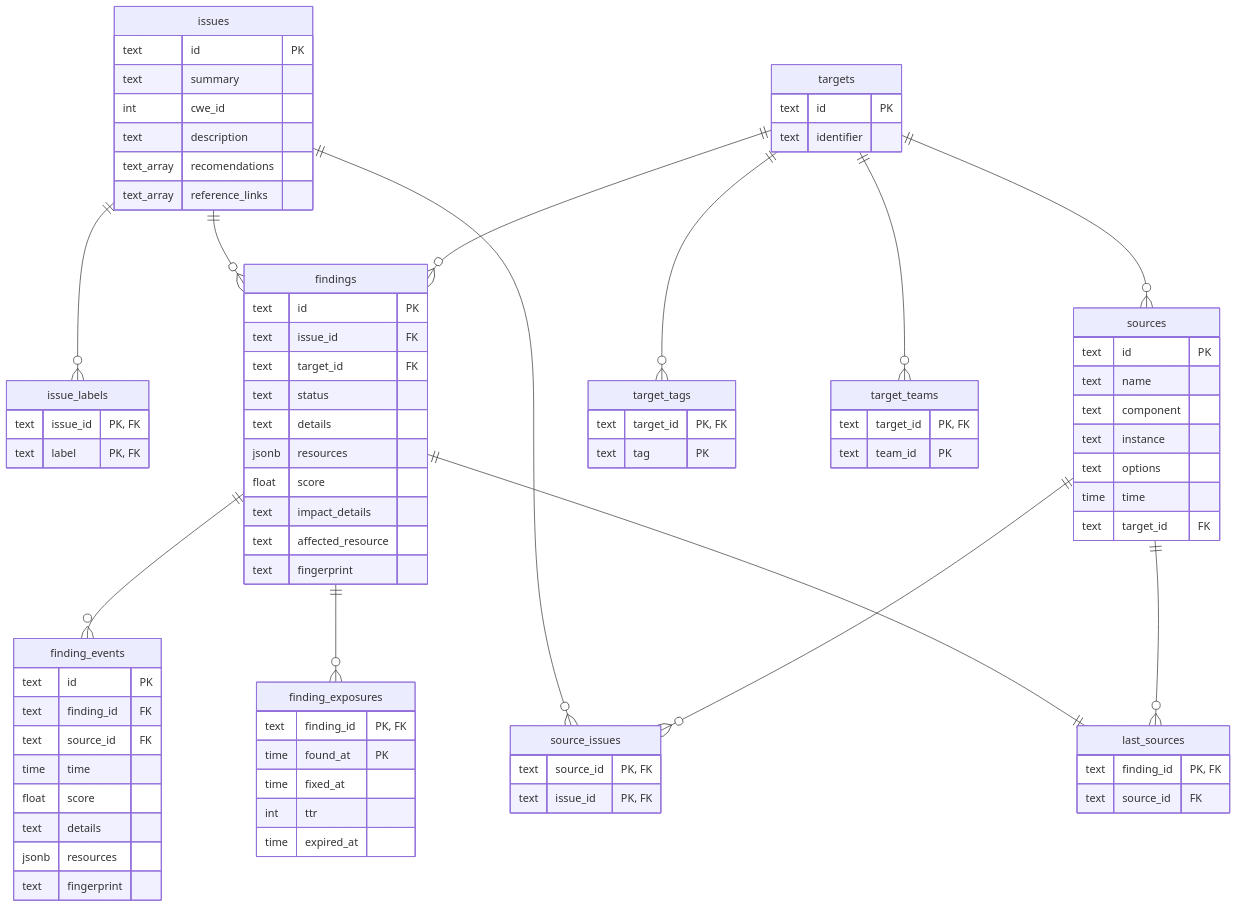
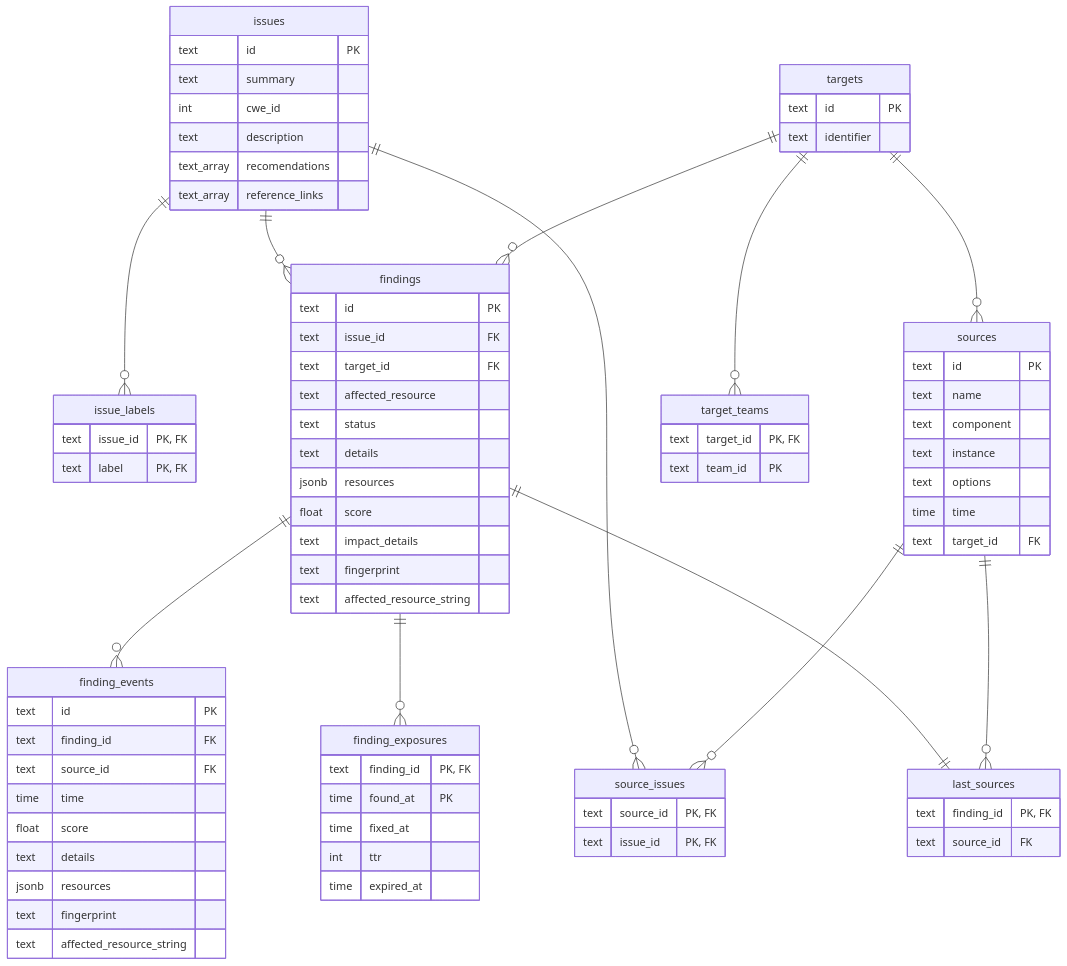
The first of 3 diagrams in docs/data-models.md (deontaljaard/vulcan-docs), drawn with Mermaid before and after one commit. The commit also changed other lines of this file, not shown here.

Commit message:
Update data models (#5)
* Remove tags from Vulnerability DB

* Add missing columns and fix format

````diff
--- a/docs/data-models.md
+++ b/docs/data-models.md
@@ -10,28 +10,29 @@
 ```mermaid
 erDiagram
     issues {
-        text id "PK"
-        text summary
-        int cwe_id
-        text description
-        text_array recomendations
-        text_array reference_links 
+      text id "PK"
+      text summary
+      int cwe_id
+      text description
+      text_array recomendations
+      text_array reference_links
     }
     issue_labels {
-        text issue_id "PK, FK"
-        text label "PK, FK"
+      text issue_id "PK, FK"
+      text label "PK, FK"
     }
     findings {
-        text id "PK"
-        text issue_id "FK"
-        text target_id "FK"
-        text status
-        text details
-        jsonb resources
-        float score
-        text impact_details
-        text affected_resource
-        text fingerprint
+      text id "PK"
+      text issue_id "FK"
+      text target_id "FK"
+      text affected_resource
+      text status
+      text details
+      jsonb resources
+      float score
+      text impact_details
+      text fingerprint
+      text affected_resource_string
     }
     finding_events {
       text id "PK"
@@ -42,6 +43,7 @@
       text details
       jsonb resources
       text fingerprint
+      text affected_resource_string
     }
     finding_exposures {
       text finding_id "PK, FK"
@@ -71,15 +73,10 @@
       text id "PK"
       text identifier
     }
-    target_tags {
-      text target_id "PK, FK"
-      text tag "PK"
-    }
     target_teams {
       text target_id "PK, FK"
       text team_id "PK"
     }
-    targets ||--o{ target_tags : ""
     targets ||--o{ target_teams : ""
     targets ||--o{ findings : ""
     targets ||--o{ sources : ""
````
